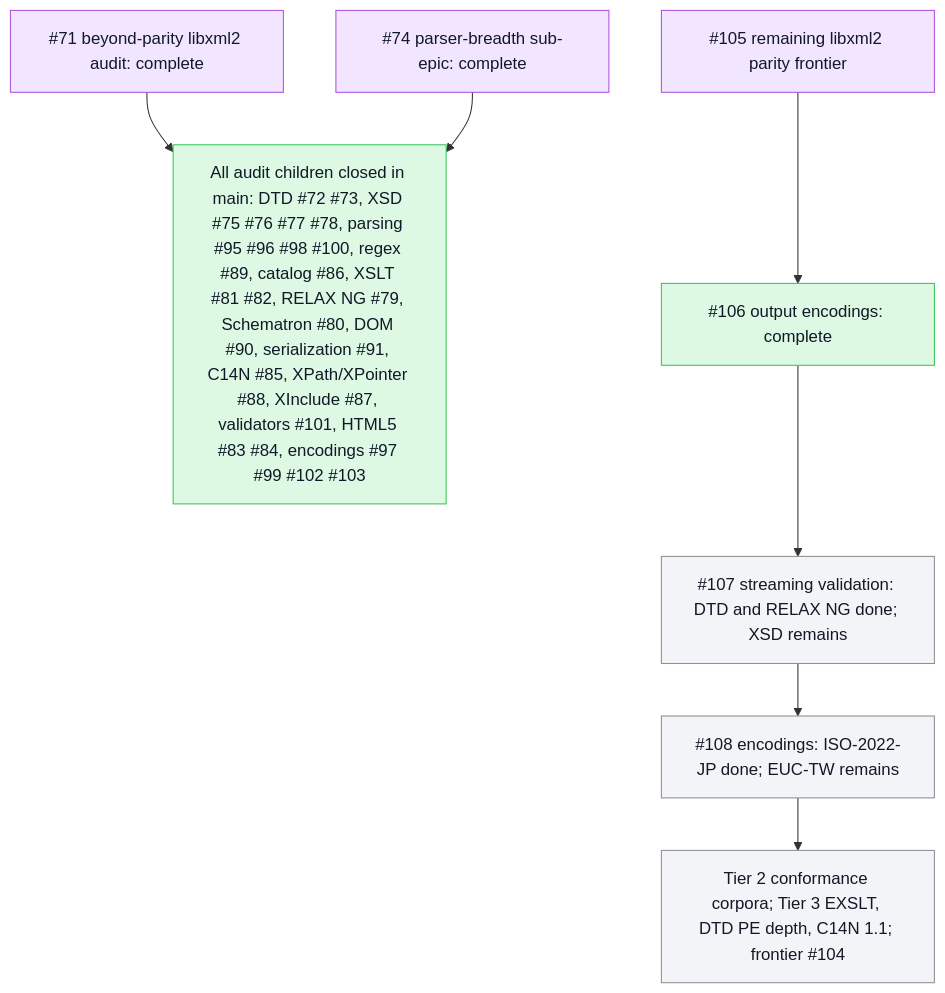
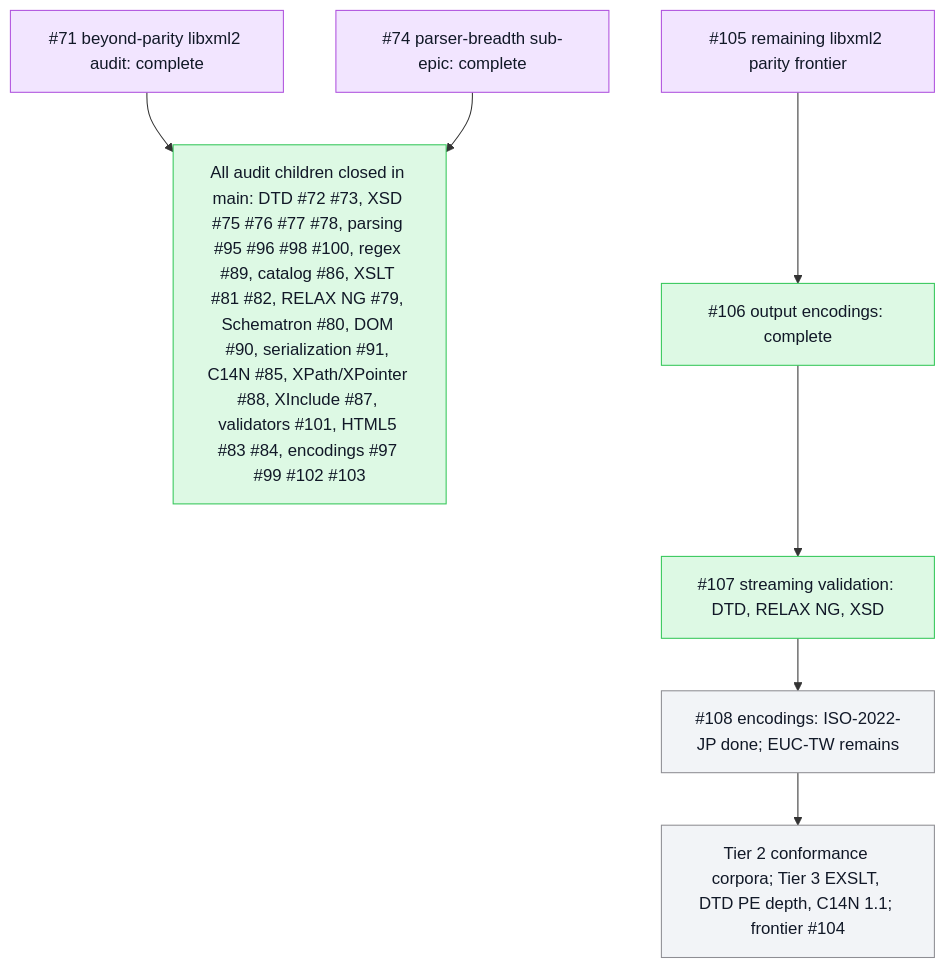
One commit to mihaelamj/PureXML changed the second of 2 diagrams in README.md. Above: the diagram before and after it, drawn with Mermaid. The commit also changed other lines of this file and 6 other files, not shown here.

First line of the commit message:
feat(validation): streaming XSD validation, completing #107

````diff
--- a/README.md
+++ b/README.md
@@ -76,21 +76,21 @@
 ```mermaid
 flowchart TB
   classDef done fill:#ddf9e4,stroke:#34c759,color:#111827
   classDef review fill:#fff7d6,stroke:#ffcc00,color:#111827
   classDef epic fill:#f2e5ff,stroke:#af52de,color:#111827
   classDef todo fill:#f2f4f7,stroke:#8e8e93,color:#111827
   Epic71["#71 beyond-parity libxml2 audit: complete"]:::epic
   Epic74["#74 parser-breadth sub-epic: complete"]:::epic
   Done["All audit children closed in main: DTD #72 #73, XSD #75 #76 #77 #78, parsing #95 #96 #98 #100, regex #89, catalog #86, XSLT #81 #82, RELAX NG #79, Schematron #80, DOM #90, serialization #91, C14N #85, XPath/XPointer #88, XInclude #87, validators #101, HTML5 #83 #84, encodings #97 #99 #102 #103"]:::done
   Epic71 --> Done
   Epic74 --> Done
   Epic105["#105 remaining libxml2 parity frontier"]:::epic
   OutEnc["#106 output encodings: complete"]:::done
-  StreamVal["#107 streaming validation: DTD and RELAX NG done; XSD remains"]:::todo
+  StreamVal["#107 streaming validation: DTD, RELAX NG, XSD"]:::done
   MoreEnc["#108 encodings: ISO-2022-JP done; EUC-TW remains"]:::todo
   Depth["Tier 2 conformance corpora; Tier 3 EXSLT, DTD PE depth, C14N 1.1; frontier #104"]:::todo
   Epic105 --> OutEnc
   OutEnc --> StreamVal
   StreamVal --> MoreEnc
   MoreEnc --> Depth
 ```
````
